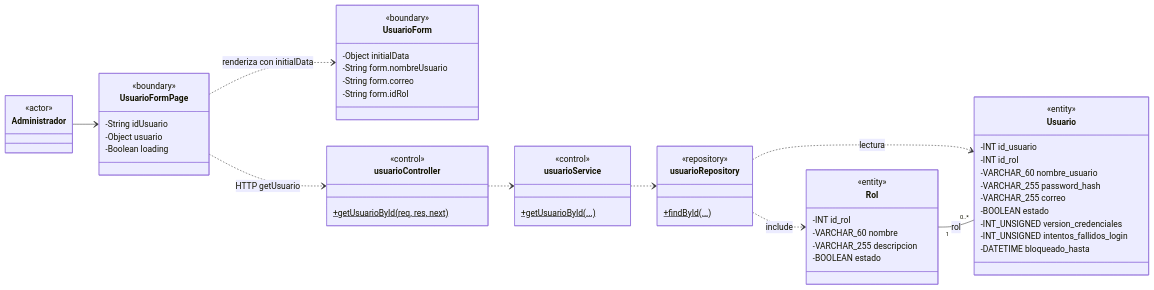
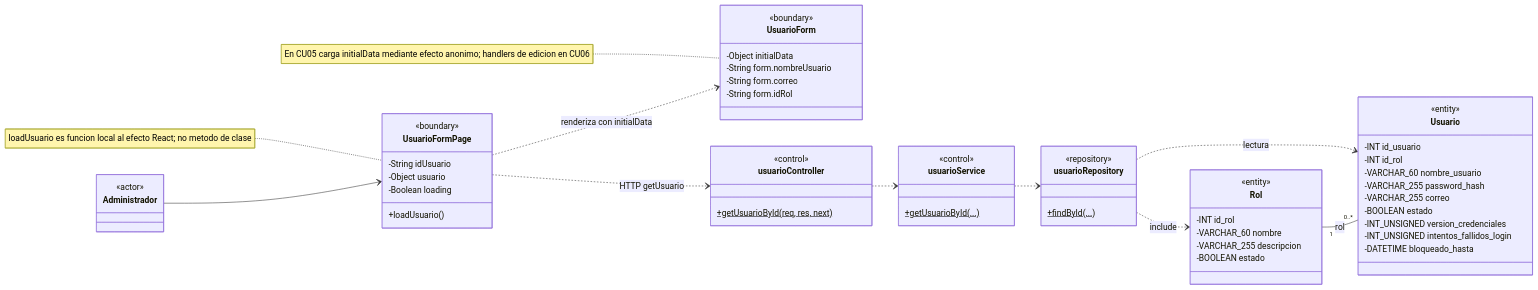
Before and after one commit to CreepyBowDev/cadefar-inventory-system: the fifth of 34 diagrams in docs/ai/analisis-clases-academico.md, drawn with Mermaid. The commit also changed other lines of this file, not shown here.

````diff
--- a/docs/ai/analisis-clases-academico.md
+++ b/docs/ai/analisis-clases-academico.md
@@ -464,57 +494,60 @@
 ```mermaid
 classDiagram
     direction LR
     class Administrador { <<actor>> }
     class UsuarioFormPage {
         <<boundary>>
         -String idUsuario
         -Object usuario
         -Boolean loading
+        +loadUsuario()
     }
     class UsuarioForm {
         <<boundary>>
         -Object initialData
         -String form.nombreUsuario
         -String form.correo
         -String form.idRol
     }
     class usuarioController {
         <<control>>
         +getUsuarioById(req, res, next)$
     }
     class usuarioService {
         <<control>>
         +getUsuarioById(...)$
     }
     class usuarioRepository {
         <<repository>>
         +findById(...)$
     }
     class Usuario {
         <<entity>>
         -INT id_usuario
         -INT id_rol
         -VARCHAR_60 nombre_usuario
         -VARCHAR_255 password_hash
         -VARCHAR_255 correo
         -BOOLEAN estado
         -INT_UNSIGNED version_credenciales
         -INT_UNSIGNED intentos_fallidos_login
         -DATETIME bloqueado_hasta
     }
     class Rol {
         <<entity>>
         -INT id_rol
         -VARCHAR_60 nombre
         -VARCHAR_255 descripcion
         -BOOLEAN estado
     }
     Administrador --> UsuarioFormPage
     UsuarioFormPage ..> UsuarioForm : renderiza con initialData
     UsuarioFormPage ..> usuarioController : HTTP getUsuario
     usuarioController ..> usuarioService
     usuarioService ..> usuarioRepository
     usuarioRepository ..> Usuario : lectura
     usuarioRepository ..> Rol : include
     Rol "1" -- "0..*" Usuario : rol
+    note for UsuarioFormPage "loadUsuario es funcion local al efecto React; no metodo de clase"
+    note for UsuarioForm "En CU05 carga initialData mediante efecto anonimo; handlers de edicion en CU06"
 ```
````
